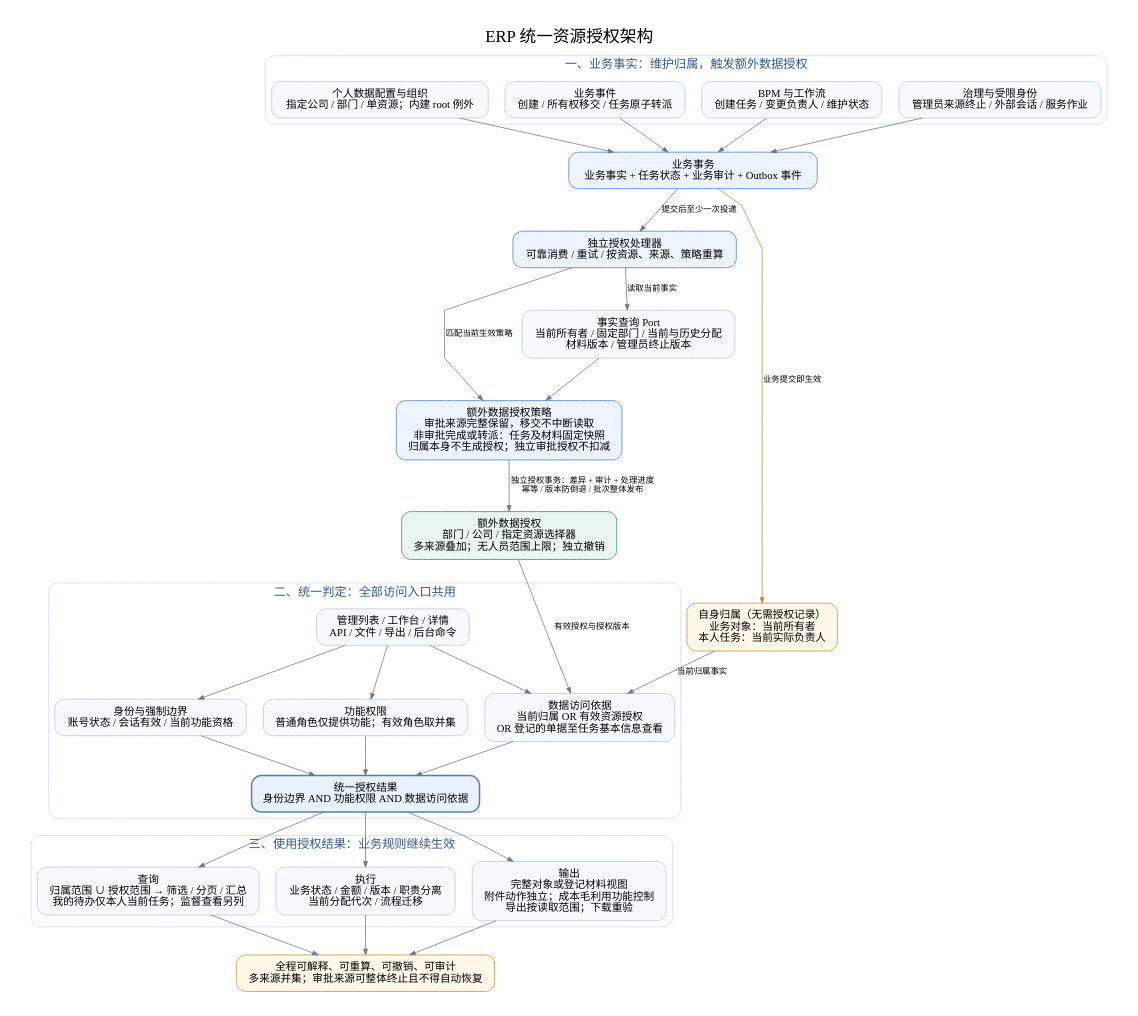
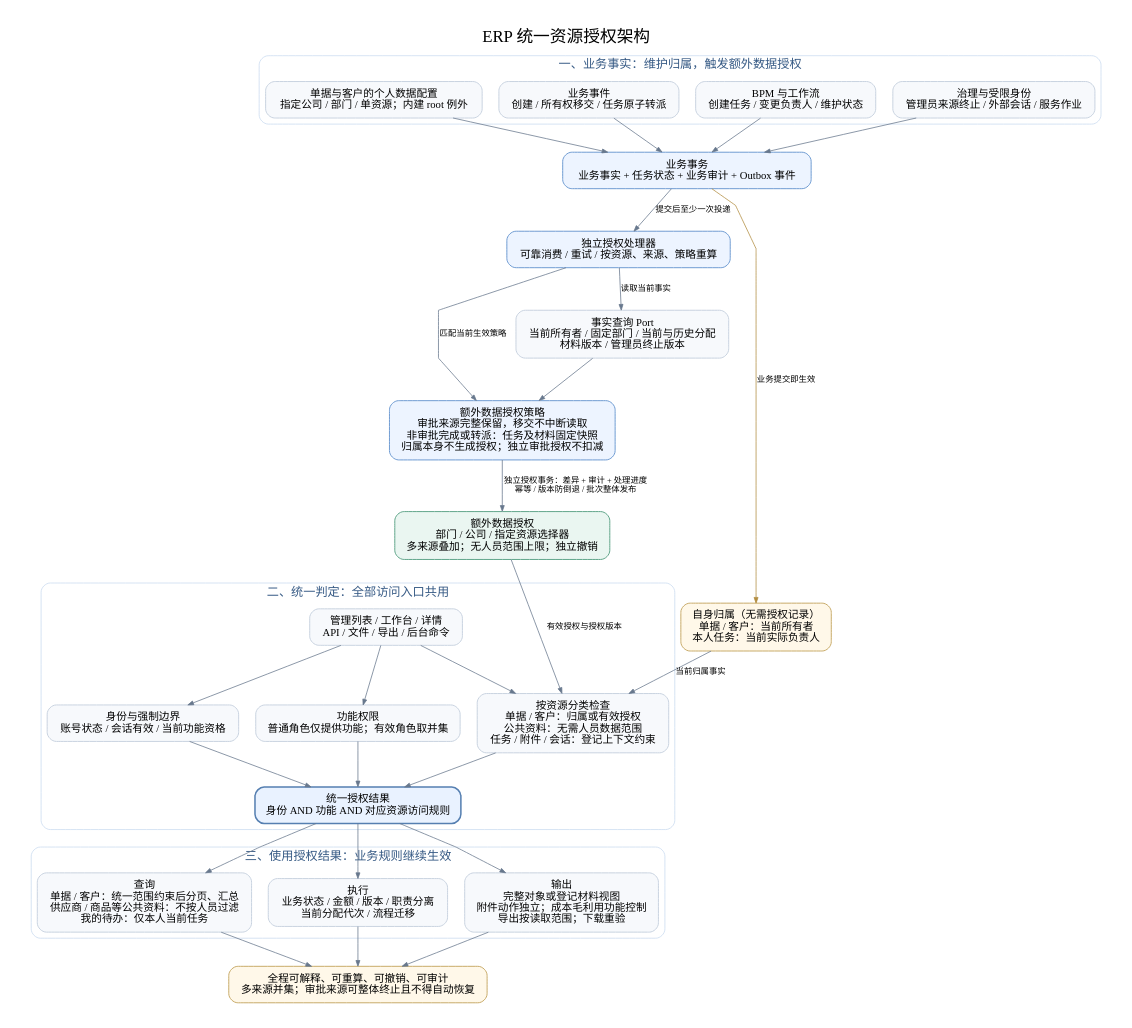
Before and after one commit to mztlive/erp: the diagram in docs/assets/resource-authorization-architecture.dot, drawn with Graphviz. The commit also changed 4 other files, not shown here.

```diff
--- a/docs/assets/resource-authorization-architecture.dot
+++ b/docs/assets/resource-authorization-architecture.dot
@@ -1,56 +1,56 @@
 digraph resourceAuthorization {
   graph [rankdir=TB, bgcolor="#ffffff", pad="0.35", nodesep="0.30", ranksep="0.60", fontname="PingFang SC", fontsize=22, label="ERP 统一资源授权架构", labelloc=t, splines=polyline];
   node [shape=box, style="rounded,filled", fillcolor="#f7f9fc", color="#c9d3e0", fontname="PingFang SC", fontsize=14, margin="0.18,0.12", penwidth=1.3];
   edge [fontname="PingFang SC", fontsize=11, color="#67788d", arrowsize=0.75];
 
   subgraph clusterSources {
     label="一、业务事实：维护归属，触发额外数据授权";
     fontsize=16; fontcolor="#355984"; color="#c9dbef"; style="rounded";
-    scope [label="个人数据配置与组织\n指定公司 / 部门 / 单资源；内建 root 例外"];
+    scope [label="单据与客户的个人数据配置\n指定公司 / 部门 / 单资源；内建 root 例外"];
     business [label="业务事件\n创建 / 所有权移交 / 任务原子转派"];
     bpm [label="BPM 与工作流\n创建任务 / 变更负责人 / 维护状态"];
     governance [label="治理与受限身份\n管理员来源终止 / 外部会话 / 服务作业"];
     {rank=same; scope; business; bpm; governance;}
   }
   policy [label="额外数据授权策略\n审批来源完整保留，移交不中断读取\n非审批完成或转派：任务及材料固定快照\n归属本身不生成授权；独立审批授权不扣减", fillcolor="#edf4ff", color="#6e9bd2"];
   outbox [label="业务事务\n业务事实 + 任务状态 + 业务审计 + Outbox 事件", fillcolor="#edf4ff", color="#6e9bd2"];
   worker [label="独立授权处理器\n可靠消费 / 重试 / 按资源、来源、策略重算", fillcolor="#edf4ff", color="#6e9bd2"];
   facts [label="事实查询 Port\n当前所有者 / 固定部门 / 当前与历史分配\n材料版本 / 管理员终止版本"];
   scope -> outbox; business -> outbox; bpm -> outbox; governance -> outbox;
   outbox -> worker [label="提交后至少一次投递"];
   worker -> facts [label="读取当前事实"];
   facts -> policy;
   worker -> policy [label="匹配当前生效策略"];
   grants [label="额外数据授权\n部门 / 公司 / 指定资源选择器\n多来源叠加；无人员范围上限；独立撤销", fillcolor="#eaf6f1", color="#60a58a"];
   policy -> grants [label="独立授权事务：差异 + 审计 + 处理进度\n幂等 / 版本防倒退 / 批次整体发布"];
 
   subgraph clusterAccess {
     label="二、统一判定：全部访问入口共用";
     fontsize=16; fontcolor="#355984"; color="#c9dbef"; style="rounded";
     request [label="管理列表 / 工作台 / 详情\nAPI / 文件 / 导出 / 后台命令"];
     identity [label="身份与强制边界\n账号状态 / 会话有效 / 当前功能资格"];
     capability [label="功能权限\n普通角色仅提供功能；有效角色取并集"];
-    dataCheck [label="数据访问依据\n当前归属 OR 有效资源授权\nOR 登记的单据至任务基本信息查看"];
-    decision [label="统一授权结果\n身份边界 AND 功能权限 AND 数据访问依据", fillcolor="#e9f2ff", color="#557fb1", penwidth=2];
+    dataCheck [label="按资源分类检查\n单据 / 客户：归属或有效授权\n公共资料：无需人员数据范围\n任务 / 附件 / 会话：登记上下文约束"];
+    decision [label="统一授权结果\n身份 AND 功能 AND 对应资源访问规则", fillcolor="#e9f2ff", color="#557fb1", penwidth=2];
     {rank=same; identity; capability; dataCheck;}
     request -> identity; request -> capability; request -> dataCheck;
     identity -> decision; capability -> decision; dataCheck -> decision;
   }
-  own [label="自身归属（无需授权记录）\n业务对象：当前所有者\n本人任务：当前实际负责人", fillcolor="#fff8e9", color="#c8aa68"];
+  own [label="自身归属（无需授权记录）\n单据 / 客户：当前所有者\n本人任务：当前实际负责人", fillcolor="#fff8e9", color="#c8aa68"];
   outbox -> own [label="业务提交即生效", color="#b28d40"];
   own -> dataCheck [label="当前归属事实"];
   grants -> dataCheck [label="有效授权与授权版本"];
   grants -> request [style=invis];
 
   subgraph clusterUse {
     label="三、使用授权结果：业务规则继续生效";
     fontsize=16; fontcolor="#355984"; color="#c9dbef"; style="rounded";
-    query [label="查询\n归属范围 ∪ 授权范围 → 筛选 / 分页 / 汇总\n我的待办仅本人当前任务；监督查看另列"];
+    query [label="查询\n单据 / 客户：统一范围约束后分页、汇总\n供应商 / 商品等公共资料：不按人员过滤\n我的待办：仅本人当前任务"];
     command [label="执行\n业务状态 / 金额 / 版本 / 职责分离\n当前分配代次 / 流程迁移"];
     material [label="输出\n完整对象或登记材料视图\n附件动作独立；成本毛利用功能控制\n导出按读取范围；下载重验"];
     {rank=same; query; command; material;}
   }
   decision -> query; decision -> command; decision -> material;
   audit [label="全程可解释、可重算、可撤销、可审计\n多来源并集；审批来源可整体终止且不得自动恢复", fillcolor="#fff8e9", color="#c8aa68"];
   query -> audit; command -> audit; material -> audit;
 }
```
